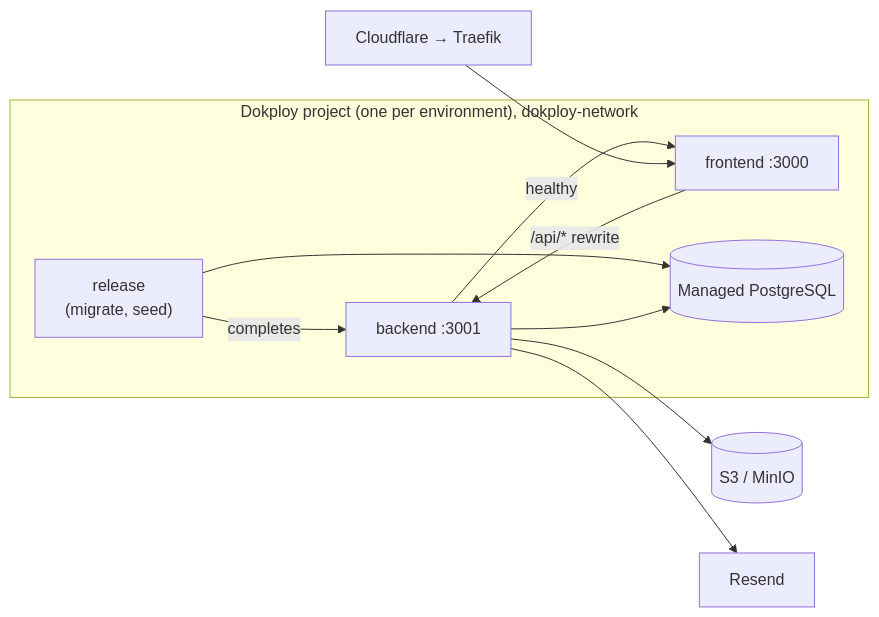
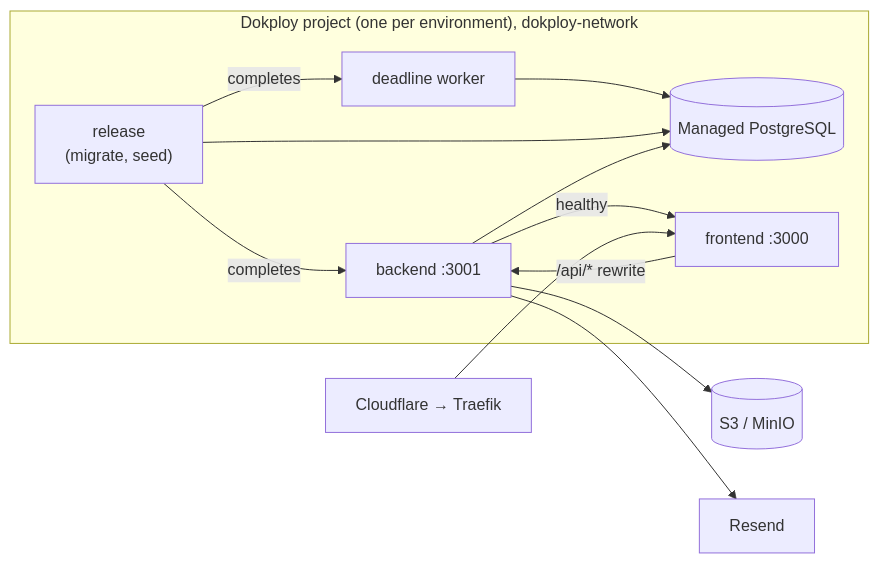
The third of 4 diagrams in ARCHITECTURE.md (Shagon1k/PickFlick), drawn with Mermaid before and after one commit. The commit also changed other lines of this file and 30 other files, not shown here.

````diff
--- a/ARCHITECTURE.md
+++ b/ARCHITECTURE.md
@@ -341,14 +341,16 @@
 ```mermaid
 flowchart LR
   subgraph Dokploy["Dokploy project (one per environment), dokploy-network"]
     Release["release<br/>(migrate, seed)"] -->|completes| Backend["backend :3001"]
+    Release -->|completes| Worker["deadline worker"]
+    Worker --> PG
     Backend -->|healthy| Frontend["frontend :3000"]
     PG[("Managed PostgreSQL")]
   end
   Internet["Cloudflare → Traefik"] --> Frontend
   Frontend -->|"/api/* rewrite"| Backend
   Release --> PG
   Backend --> PG
   Backend --> S3[("S3 / MinIO")]
   Backend --> Resend["Resend"]
 ```
````
